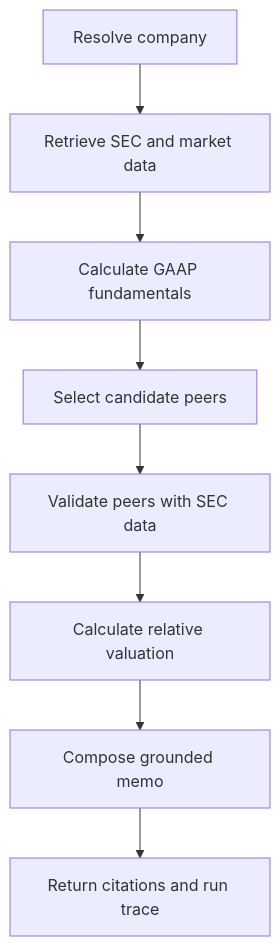
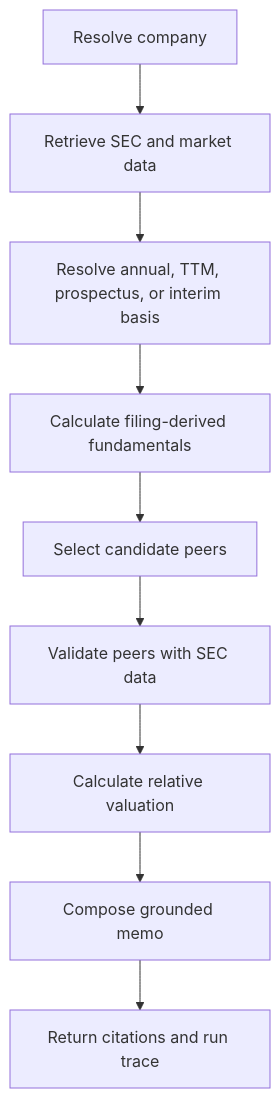
One commit to prentopoulos/financial-research-agent changed the second of 3 diagrams in README.md. Above: the diagram before and after it, drawn with Mermaid. The commit also changed other lines of this file and 13 other files, not shown here.

````diff
--- a/README.md
+++ b/README.md
@@ -85,10 +94,11 @@
 ```mermaid
 flowchart TD
     A[Resolve company] --> B[Retrieve SEC and market data]
-    B --> C[Calculate GAAP fundamentals]
-    C --> D[Select candidate peers]
+    B --> C[Resolve annual, TTM, prospectus, or interim basis]
+    C --> C2[Calculate filing-derived fundamentals]
+    C2 --> D[Select candidate peers]
     D --> E[Validate peers with SEC data]
     E --> F[Calculate relative valuation]
     F --> G[Compose grounded memo]
     G --> H[Return citations and run trace]
 ```
````
